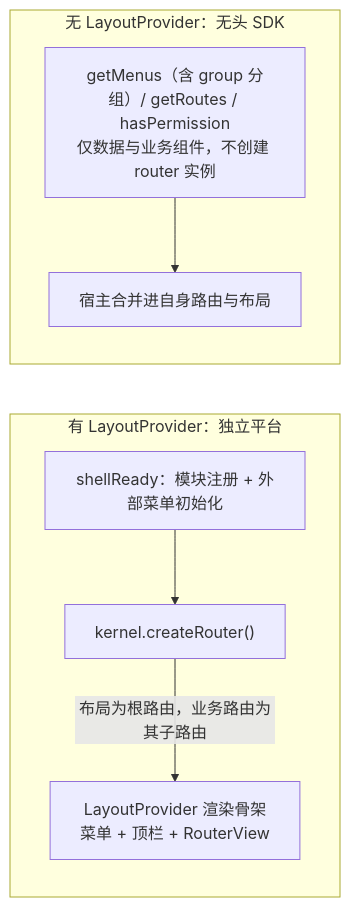
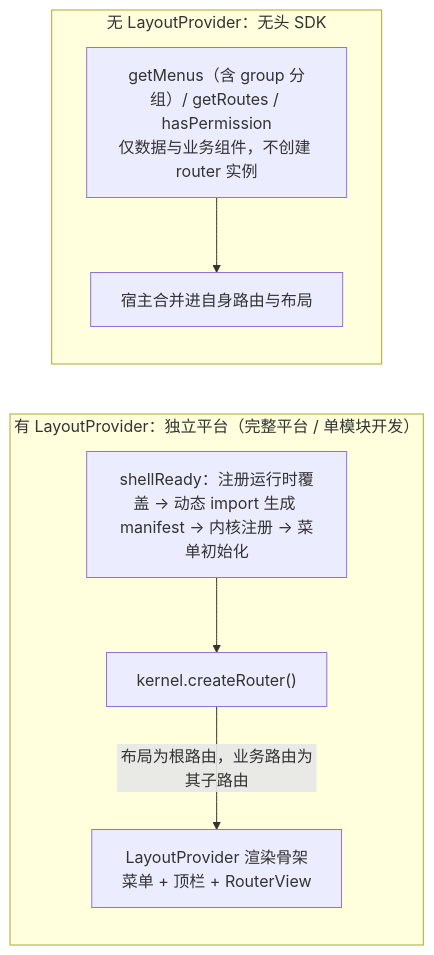
The second of 2 diagrams in README.md (HirongVSuen/kacean-admin), drawn with Mermaid before and after one commit. The commit also changed other lines of this file and 157 other files, not shown here.

````diff
--- a/README.md
+++ b/README.md
@@ -108,12 +118,12 @@
 ```mermaid
 flowchart LR
-    subgraph Headed["有 LayoutProvider：独立平台"]
+    subgraph Headed["有 LayoutProvider：独立平台（完整平台 / 单模块开发）"]
         direction TB
-        Ready["shellReady：模块注册 + 外部菜单初始化"] --> K1["kernel.createRouter()"]
+        Ready["shellReady：注册运行时覆盖 → 动态 import 生成 manifest → 内核注册 → 菜单初始化"] --> K1["kernel.createRouter()"]
         K1 -->|"布局为根路由，业务路由为其子路由"| L1["LayoutProvider 渲染骨架<br/>菜单 + 顶栏 + RouterView"]
     end
     subgraph Headless["无 LayoutProvider：无头 SDK"]
         direction TB
         K2["getMenus（含 group 分组）/ getRoutes / hasPermission<br/>仅数据与业务组件，不创建 router 实例"] --> H2["宿主合并进自身路由与布局"]
     end
 ```
````
